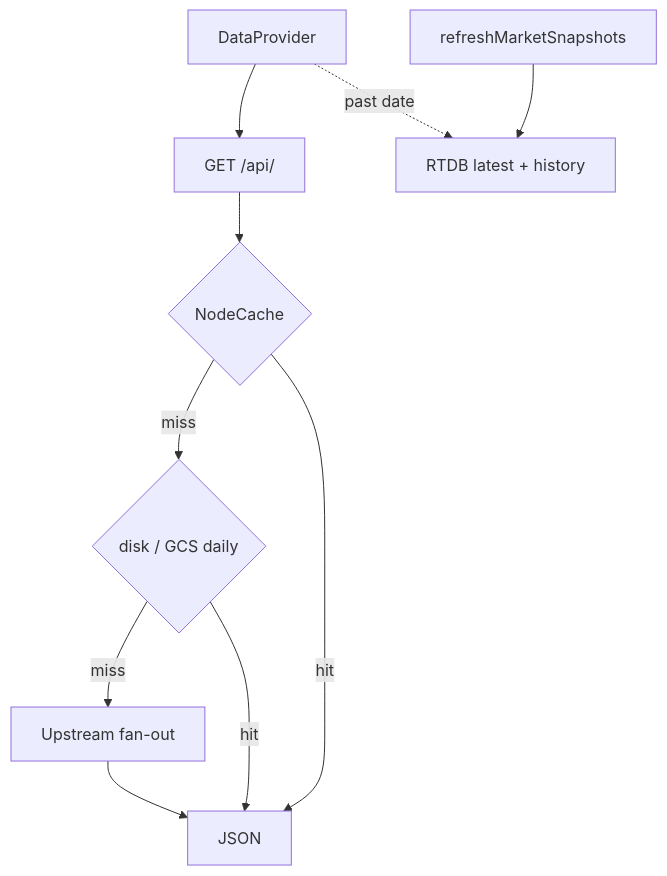
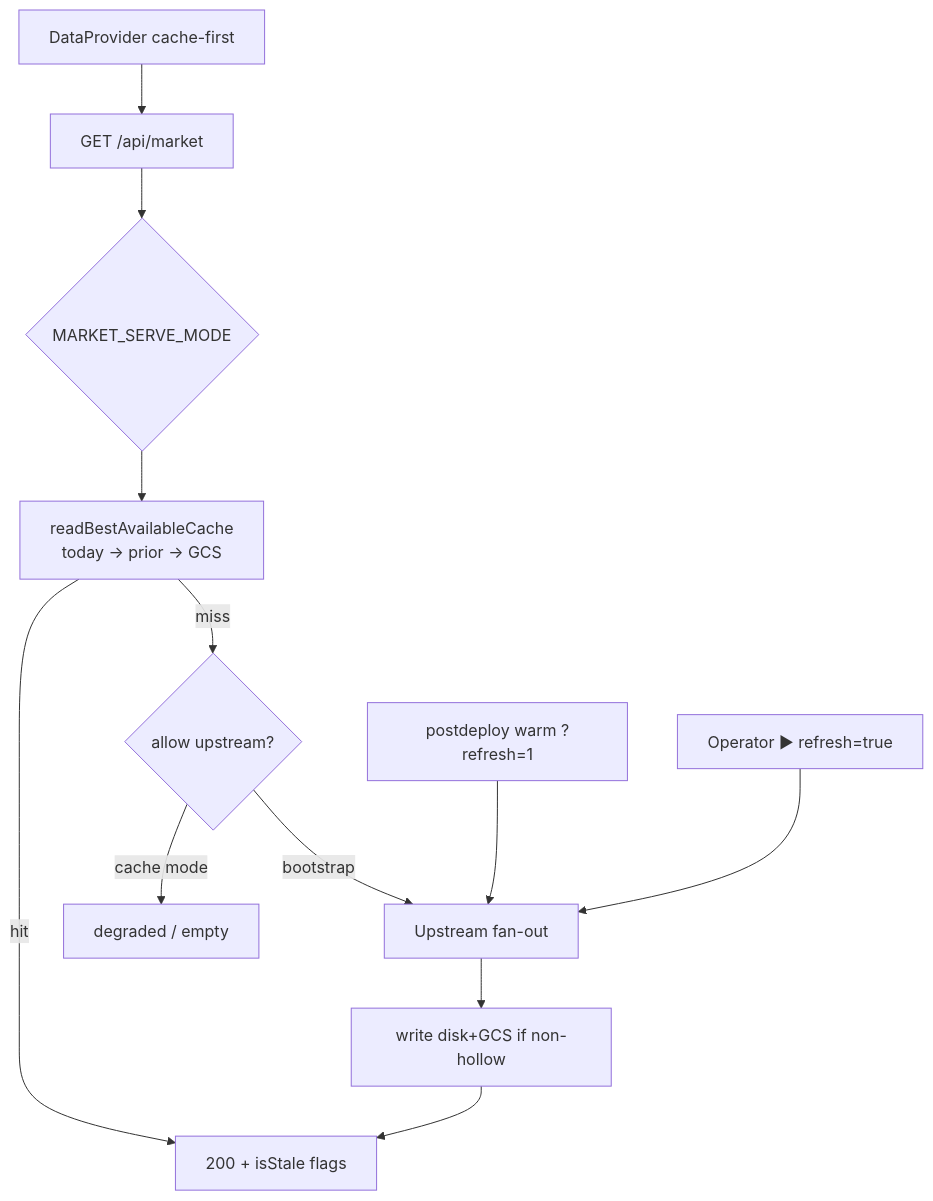
One commit to kevinkicho/kyahoofinance032926 changed the second of 2 diagrams in docs/DATA_PIPELINE.md. Above: the diagram before and after it, drawn with Mermaid. The commit also changed other lines of this file and 89 other files, not shown here.

First line of the commit message:
feat: progressive health, last-good cache, and cache-first API serve

````diff
--- a/docs/DATA_PIPELINE.md
+++ b/docs/DATA_PIPELINE.md
@@ -91,12 +91,14 @@
 ```mermaid
 flowchart TB
-    REQ["GET /api/<market>"] --> NC{"NodeCache"}
-    NC -- hit --> OUT["JSON"]
-    NC -- miss --> DISK{"disk / GCS daily"}
-    DISK -- hit --> OUT
-    DISK -- miss --> FETCH["Upstream fan-out"]
-    FETCH --> OUT
-    SCHED["refreshMarketSnapshots"] --> RTDB["RTDB latest + history"]
-    UI["DataProvider"] --> REQ
-    UI -. "past date" .-> RTDB
+    REQ["GET /api/market"] --> POL{"MARKET_SERVE_MODE"}
+    POL --> BEST["readBestAvailableCache\ntoday → prior → GCS"]
+    BEST -- hit --> OUT["200 + isStale flags"]
+    BEST -- miss --> UP{"allow upstream?"}
+    UP -- bootstrap --> FETCH["Upstream fan-out"]
+    UP -- cache mode --> DEG["degraded / empty"]
+    FETCH --> WRITE["write disk+GCS if non-hollow"]
+    WRITE --> OUT
+    WARM["postdeploy warm ?refresh=1"] --> FETCH
+    UI["DataProvider cache-first"] --> REQ
+    OP["Operator ▶ refresh=true"] --> FETCH
 ```
````
